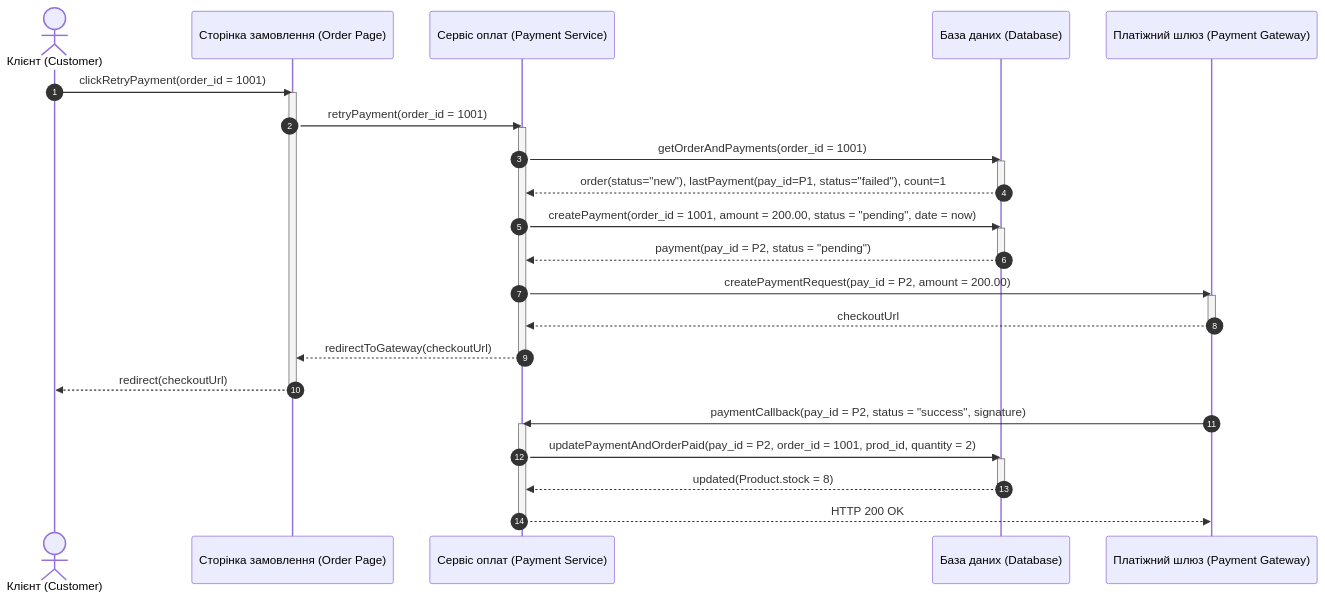
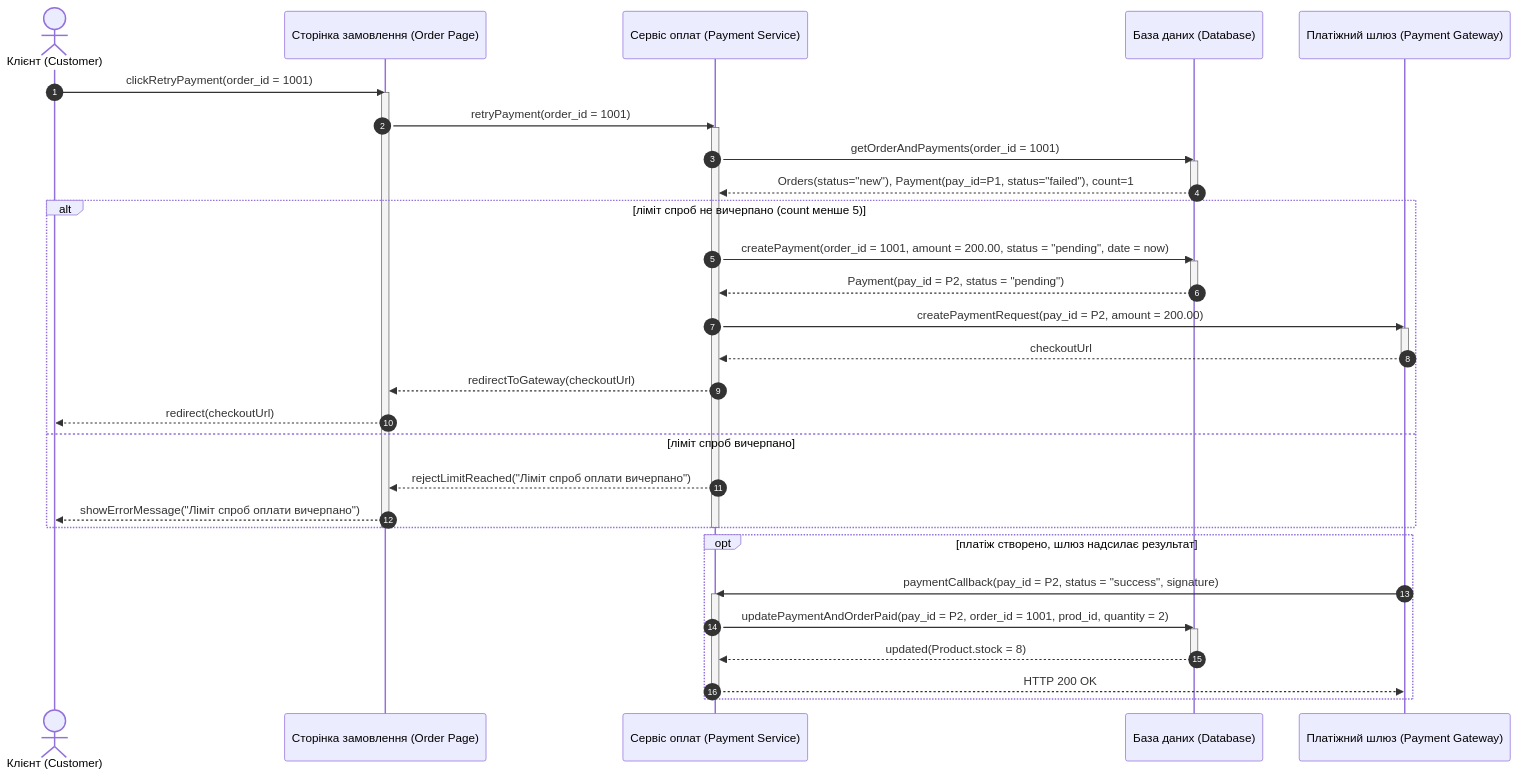
One commit to hutnichs/KPI_MAVPZ changed the second of 15 diagrams in Lab3/diagram.md. Above: the diagram before and after it, drawn with Mermaid. The commit also changed other lines of this file, not shown here.

Commit message:
Refactor payment flow and update details

````diff
--- a/Lab3/diagram.md
+++ b/Lab3/diagram.md
@@ -59,39 +59,47 @@
 ```mermaid
 sequenceDiagram
     autonumber
     actor Customer as Клієнт (Customer)
     participant Page as Сторінка замовлення (Order Page)
     participant PS as Сервіс оплат (Payment Service)
     participant DB as База даних (Database)
     participant PGW as Платіжний шлюз (Payment Gateway)
 
     Customer->>Page: clickRetryPayment(order_id = 1001)
     activate Page
     Page->>PS: retryPayment(order_id = 1001)
     activate PS
     PS->>DB: getOrderAndPayments(order_id = 1001)
     activate DB
-    DB-->>PS: order(status="new"), lastPayment(pay_id=P1, status="failed"), count=1
+    DB-->>PS: Orders(status="new"), Payment(pay_id=P1, status="failed"), count=1
     deactivate DB
-    PS->>DB: createPayment(order_id = 1001, amount = 200.00, status = "pending", date = now)
-    activate DB
-    DB-->>PS: payment(pay_id = P2, status = "pending")
-    deactivate DB
-    PS->>PGW: createPaymentRequest(pay_id = P2, amount = 200.00)
-    activate PGW
-    PGW-->>PS: checkoutUrl
-    deactivate PGW
-    PS-->>Page: redirectToGateway(checkoutUrl)
+
+    alt ліміт спроб не вичерпано (count менше 5)
+        PS->>DB: createPayment(order_id = 1001, amount = 200.00, status = "pending", date = now)
+        activate DB
+        DB-->>PS: Payment(pay_id = P2, status = "pending")
+        deactivate DB
+        PS->>PGW: createPaymentRequest(pay_id = P2, amount = 200.00)
+        activate PGW
+        PGW-->>PS: checkoutUrl
+        deactivate PGW
+        PS-->>Page: redirectToGateway(checkoutUrl)
+        Page-->>Customer: redirect(checkoutUrl)
+    else ліміт спроб вичерпано
+        PS-->>Page: rejectLimitReached("Ліміт спроб оплати вичерпано")
+        Page-->>Customer: showErrorMessage("Ліміт спроб оплати вичерпано")
+    end
     deactivate PS
-    Page-->>Customer: redirect(checkoutUrl)
     deactivate Page
 
-    PGW->>PS: paymentCallback(pay_id = P2, status = "success", signature)
-    activate PS
-    PS->>DB: updatePaymentAndOrderPaid(pay_id = P2, order_id = 1001, prod_id, quantity = 2)
-    activate DB
-    DB-->>PS: updated(Product.stock = 8)
-    deactivate DB
-    PS-->>PGW: HTTP 200 OK
-    deactivate PS
+    opt платіж створено, шлюз надсилає результат
+        PGW->>PS: paymentCallback(pay_id = P2, status = "success", signature)
+        activate PS
+        PS->>DB: updatePaymentAndOrderPaid(pay_id = P2, order_id = 1001, prod_id, quantity = 2)
+        activate DB
+        DB-->>PS: updated(Product.stock = 8)
+        deactivate DB
+        PS-->>PGW: HTTP 200 OK
+        deactivate PS
+    end
 ```
````
